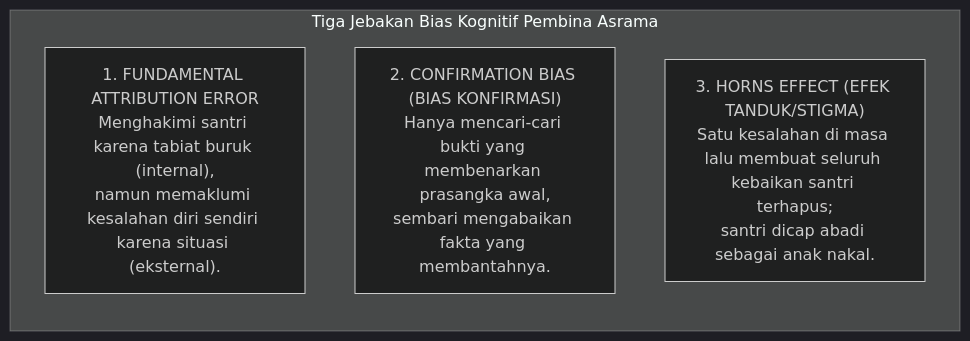
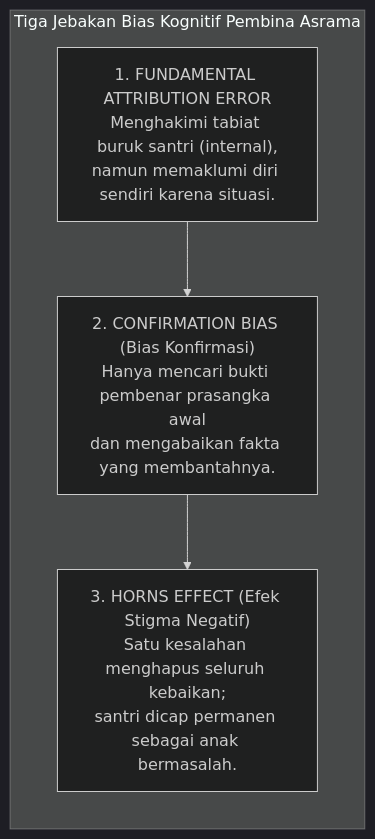
Before and after one commit to wandiapriliyandi/tumbuh: the fifth of 5 diagrams in BOOK Series 1/01-The-Fundamental-of-TUMBUH/Bab-03-Epistemologi-Terpadu-Wahyu-Nalar-dan-Fakta-Empiris.md, drawn with Mermaid (dark theme). The commit also changed other lines of this file and 35 other files, not shown here.

Commit message:
fix(book-01): optimasi keterbacaan diagram mermaid pada seluruh bab dan perbarui 20 file PDF

````diff
--- a/BOOK Series 1/01-The-Fundamental-of-TUMBUH/Bab-03-Epistemologi-Terpadu-Wahyu-Nalar-dan-Fakta-Empiris.md
+++ b/BOOK Series 1/01-The-Fundamental-of-TUMBUH/Bab-03-Epistemologi-Terpadu-Wahyu-Nalar-dan-Fakta-Empiris.md
@@ -239,9 +236,10 @@
 ```mermaid
 graph TD
     subgraph TIGA_BIAS_PEMBINA["Tiga Jebakan Bias Kognitif Pembina Asrama"]
         direction TB
-        B1["1. FUNDAMENTAL ATTRIBUTION ERROR<br/>Menghakimi santri karena tabiat buruk (internal),<br/>namun memaklumi kesalahan diri sendiri karena situasi (eksternal)."]
-        B2["2. CONFIRMATION BIAS (BIAS KONFIRMASI)<br/>Hanya mencari-cari bukti yang membenarkan prasangka awal,<br/>sembari mengabaikan fakta yang membantahnya."]
-        B3["3. HORNS EFFECT (EFEK TANDUK/STIGMA)<br/>Satu kesalahan di masa lalu membuat seluruh kebaikan santri terhapus;<br/>santri dicap abadi sebagai anak nakal."]
+        B1["1. FUNDAMENTAL ATTRIBUTION ERROR<br/>Menghakimi tabiat buruk santri (internal),<br/>namun memaklumi diri sendiri karena situasi."]
+        B2["2. CONFIRMATION BIAS (Bias Konfirmasi)<br/>Hanya mencari bukti pembenar prasangka awal<br/>dan mengabaikan fakta yang membantahnya."]
+        B3["3. HORNS EFFECT (Efek Stigma Negatif)<br/>Satu kesalahan menghapus seluruh kebaikan;<br/>santri dicap permanen sebagai anak bermasalah."]
+        B1 --> B2 --> B3
     end
 ```
````
